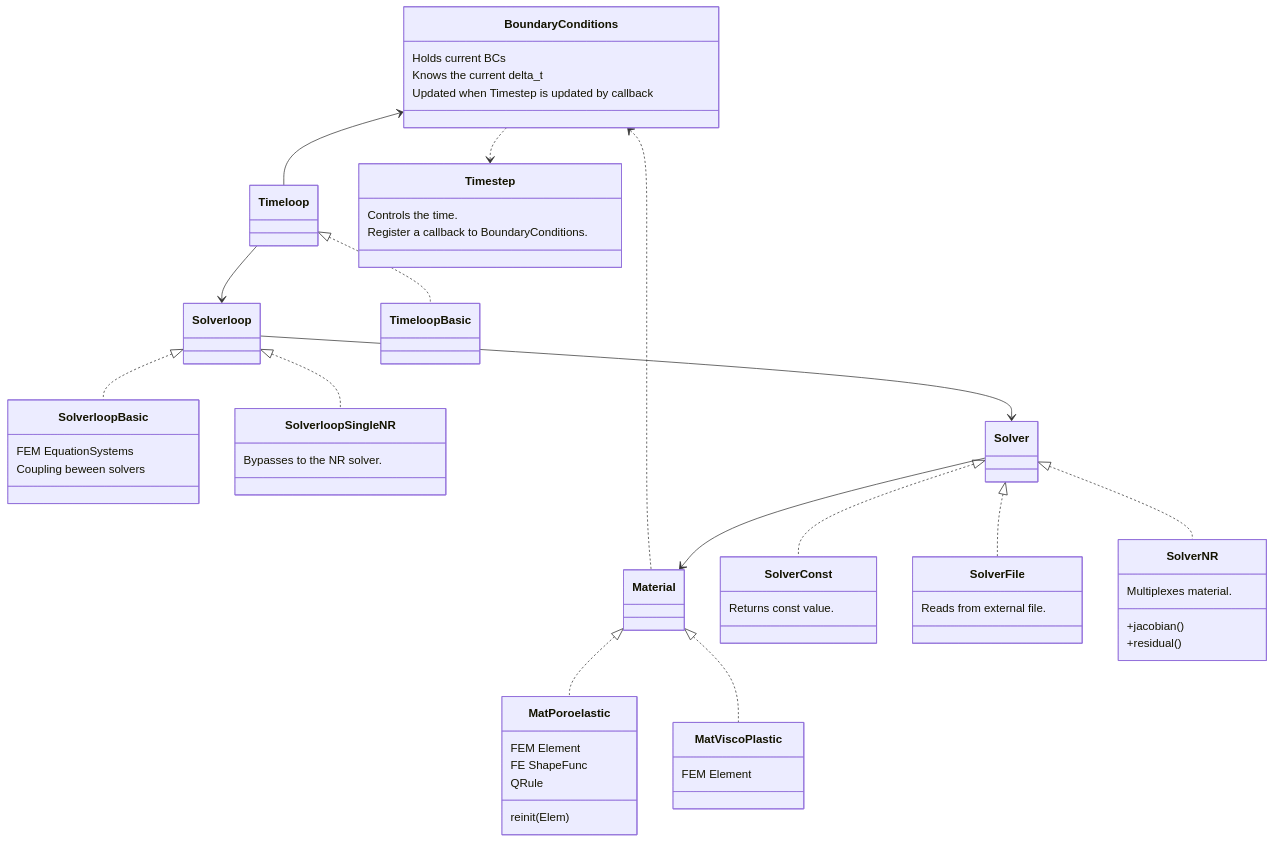
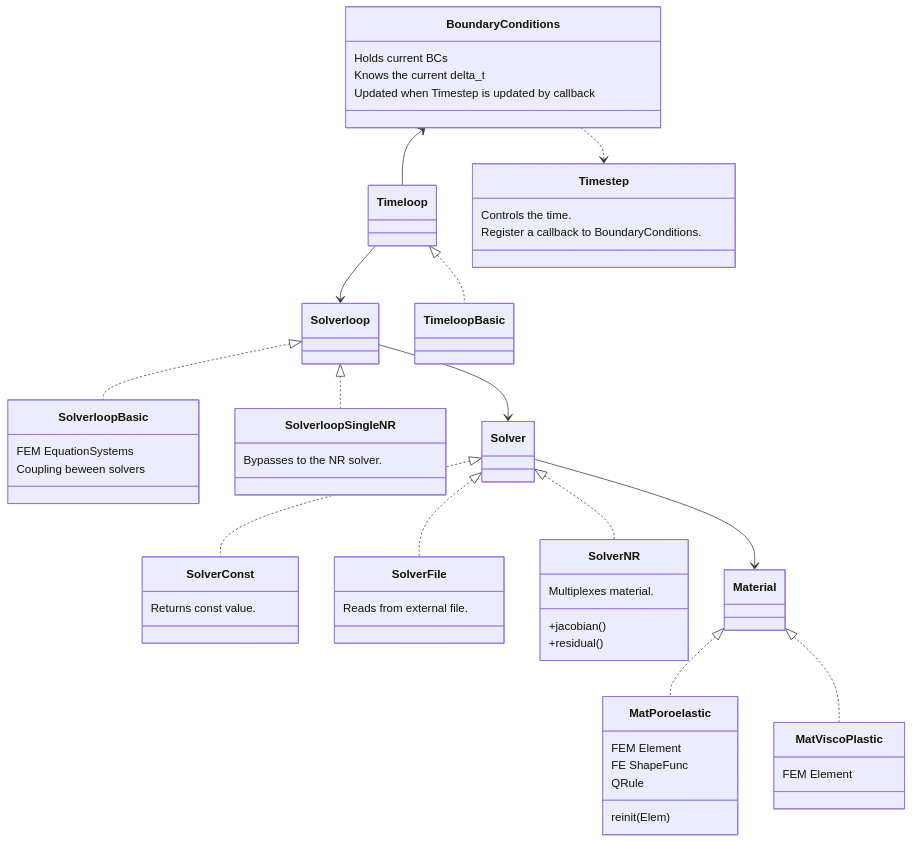
The second of 2 diagrams in doc/Description.md (rebpoli/harpy), drawn with Mermaid before and after one commit.

````diff
--- a/doc/Description.md
+++ b/doc/Description.md
@@ -76,72 +76,71 @@
 ```mermaid
 classDiagram
-    BoundaryConditions <.. Material
     BoundaryConditions <-- Timeloop
 
     Solverloop <|.. SolverloopBasic
 
 
     class Timestep {
         Controls the time.
         Register a callback to BoundaryConditions.
     }
     class BoundaryConditions { 
         Holds current BCs
         Knows the current delta_t
         Updated when Timestep is updated by callback
     }
     BoundaryConditions ..> Timestep
 
 %% Implementations
     class SolverloopBasic {
         FEM EquationSystems
         Coupling beween solvers
     }
 
     class MatViscoPlastic { FEM Element }
 
     class MatPoroelastic {
         FEM Element 
         FE ShapeFunc
         QRule
         reinit(Elem)
     }
 
     class SolverloopSingleNR { Bypasses to the NR solver. } 
 
     class SolverConst { Returns const value.  }
     class SolverFile { Reads from external file. }
     class SolverNR { 
         Multiplexes material.
         
         +jacobian()
         +residual()
         }
 
 %% Dependencies
 
 %% Interfaces << implementations
     Timeloop <|.. TimeloopBasic
     Material <|.. MatPoroelastic
     Material <|.. MatViscoPlastic
     Solverloop <|.. SolverloopSingleNR
 
     Solver <|.. SolverNR
     Solver <|.. SolverConst
     Solver <|.. SolverFile
 
     Timeloop --> Solverloop
     Solverloop --> Solver
     Solver --> Material
 
 %%
 %% classA <|-- classB    // Inheritance (B inherits from A)
 %% classA <|.. classB    // Implementation (B implements A)
 %% classA *-- classB     // Composition (B is part of A)
 %% classA o-- classB     // Aggregation (B is used by A)
 %% classA --> classB     // Association (A references B)
 %% classA ..> classB     // Dependency (A depends on B)
 %% classA ..|> classB    // Realization (B realizes A)
 %% classA <--> classB    // Bidirectional association
 
 ```
````
